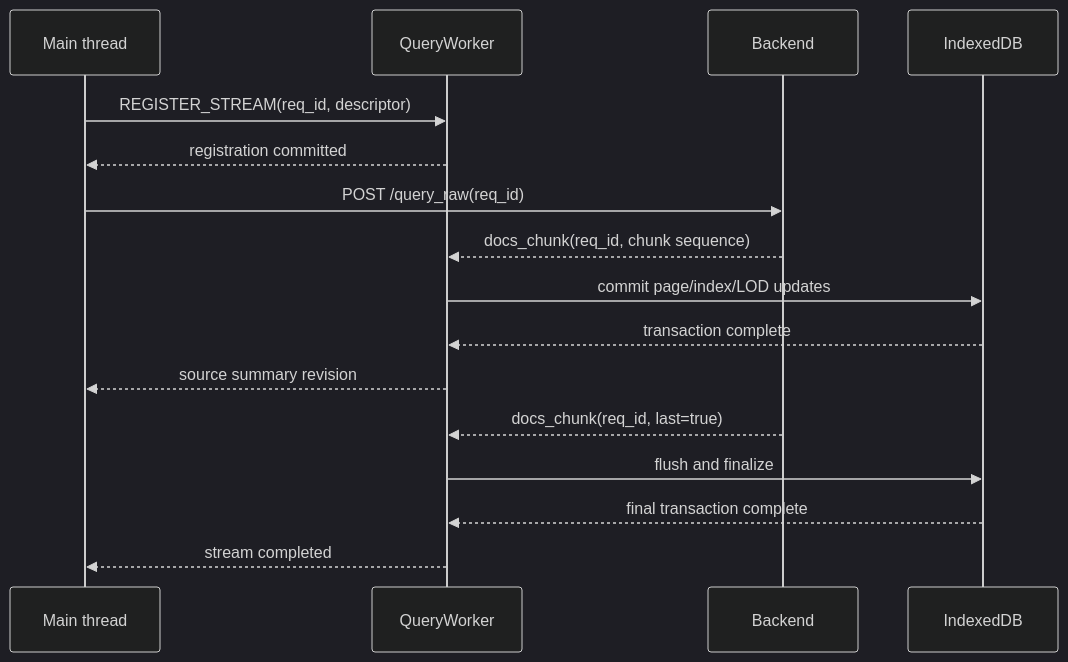
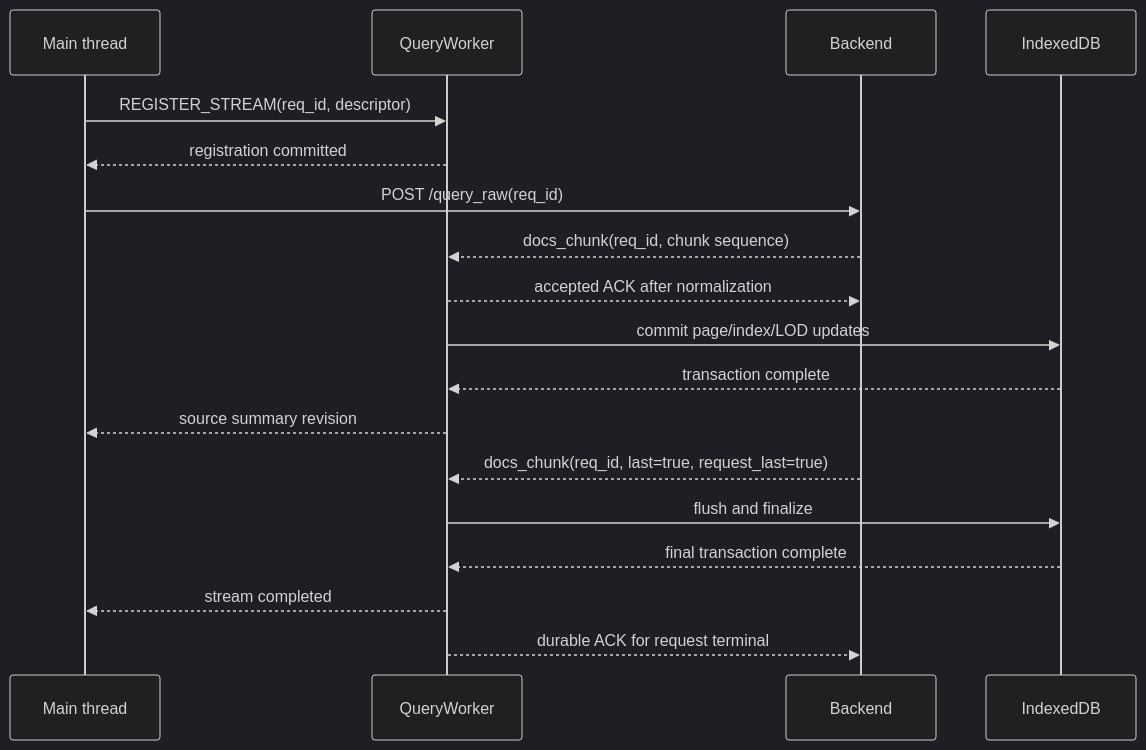
One commit to mentat-is/gulp changed the second of 2 diagrams in docs/webui/query-worker.md. Above: the diagram before and after it, drawn with Mermaid (dark theme). The commit also changed other lines of this file and 90 other files, not shown here.

````diff
--- a/docs/webui/query-worker.md
+++ b/docs/webui/query-worker.md
@@ -93,19 +105,21 @@
 ```mermaid
 sequenceDiagram
     participant UI as Main thread
     participant QW as QueryWorker
     participant BE as Backend
     participant DB as IndexedDB
 
     UI->>QW: REGISTER_STREAM(req_id, descriptor)
     QW-->>UI: registration committed
     UI->>BE: POST /query_raw(req_id)
     BE-->>QW: docs_chunk(req_id, chunk sequence)
+    QW-->>BE: accepted ACK after normalization
     QW->>DB: commit page/index/LOD updates
     DB-->>QW: transaction complete
     QW-->>UI: source summary revision
-    BE-->>QW: docs_chunk(req_id, last=true)
+    BE-->>QW: docs_chunk(req_id, last=true, request_last=true)
     QW->>DB: flush and finalize
     DB-->>QW: final transaction complete
     QW-->>UI: stream completed
+    QW-->>BE: durable ACK for request terminal
 ```
````
